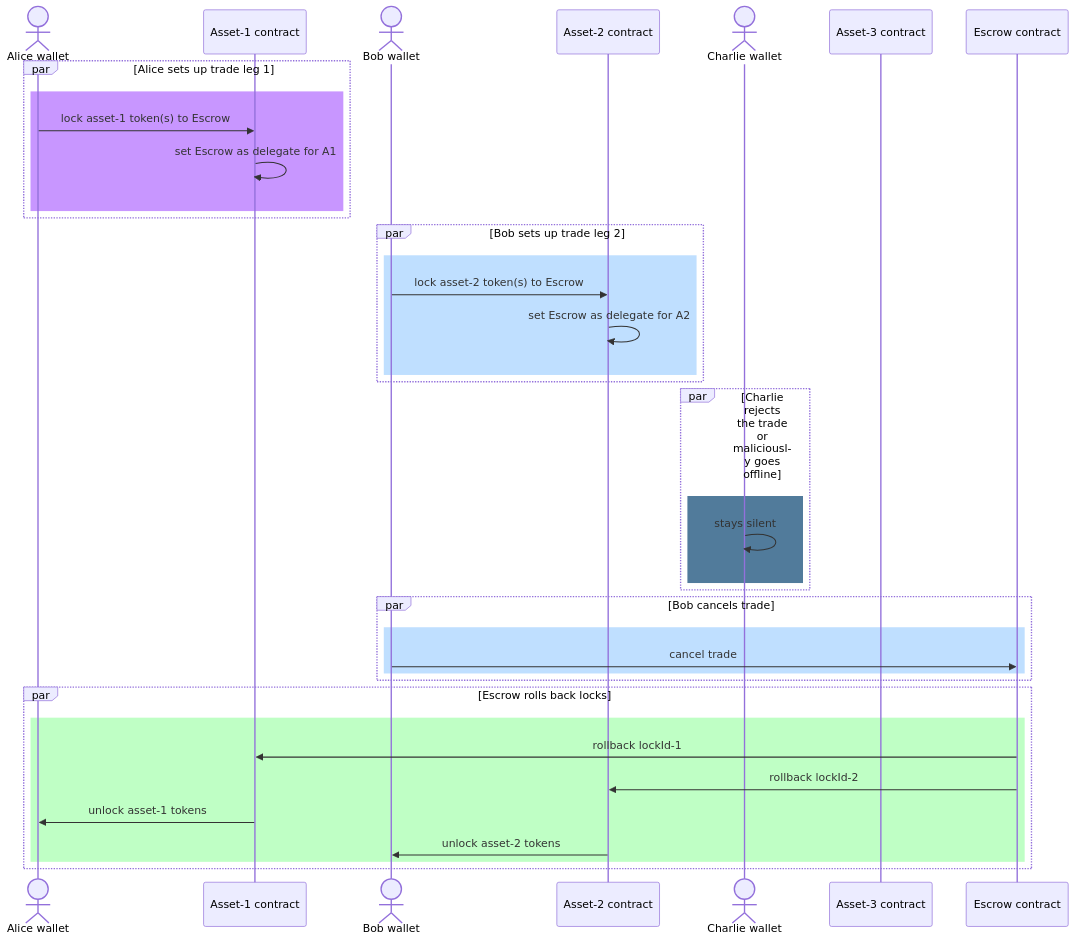
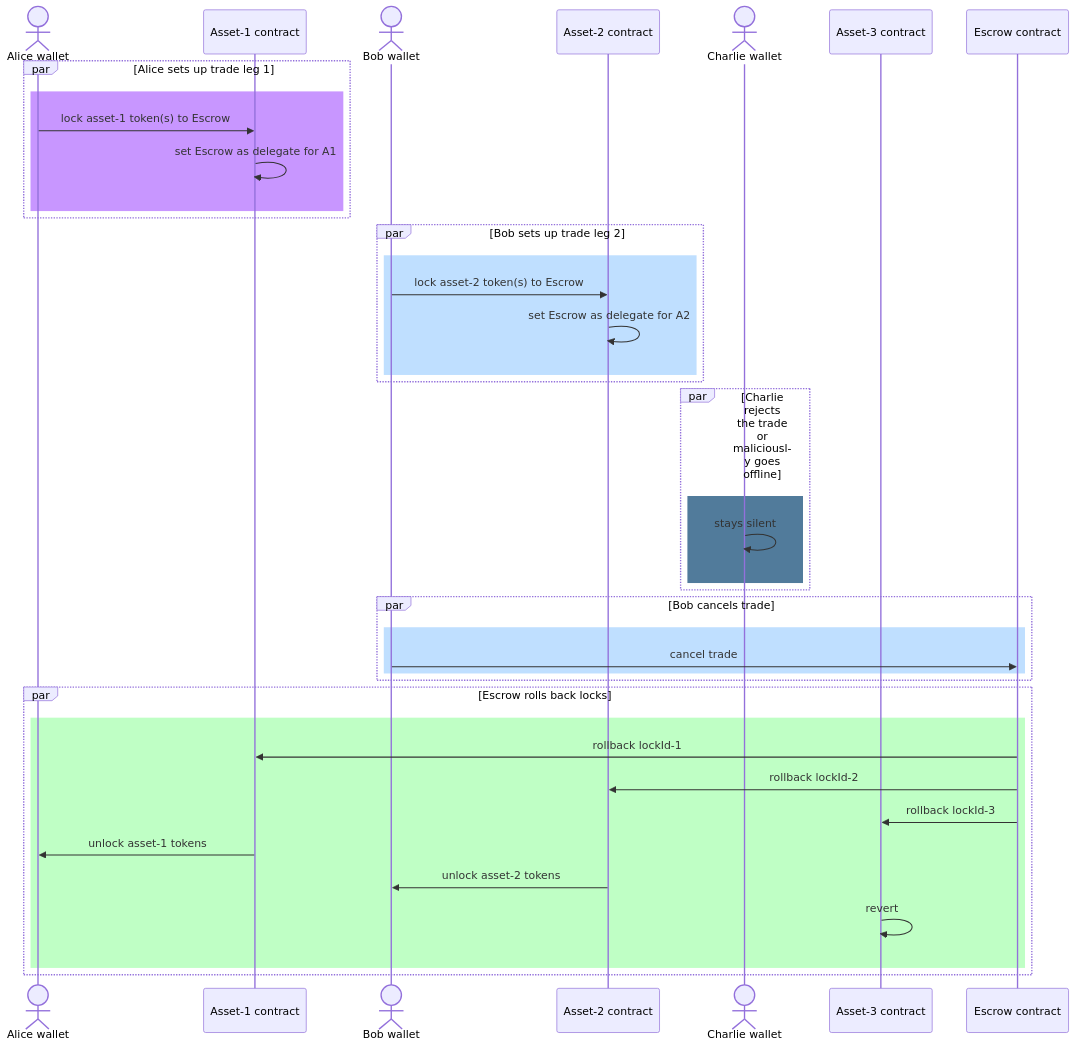
The second of 3 diagrams in atomic-settlement.md (kaleido-io/PET-atomic-settlements), drawn with Mermaid before and after one commit.

Commit message:
minor update to the failed settlement sequence diagram

````diff
--- a/atomic-settlement.md
+++ b/atomic-settlement.md
@@ -221,40 +221,42 @@
 ```mermaid
 sequenceDiagram
   actor A as Alice wallet
   participant A1 as Asset-1 contract
   actor B as Bob wallet
   participant A2 as Asset-2 contract
   actor C as Charlie wallet
   participant A3 as Asset-3 contract
   participant E as Escrow contract
   par Alice sets up trade leg 1
   rect rgb(200, 150, 255)
     A->>A1: lock asset-1 token(s) to Escrow
     A1->>A1: set Escrow as delegate for A1
   end
   end
   par Bob sets up trade leg 2
   rect rgb(191, 223, 255)
     B->>A2: lock asset-2 token(s) to Escrow
     A2->>A2: set Escrow as delegate for A2
   end
   end
   par Charlie rejects the trade or maliciously goes offline
   rect rgb(081, 123, 155)
     C->>C: stays silent
   end
   end
   par Bob cancels trade
   rect rgb(191, 223, 255)
     B->>E: cancel trade
   end
   end
   par Escrow rolls back locks
   rect rgba(191, 255, 197, 1)
     E->>A1: rollback lockId-1
     E->>A2: rollback lockId-2
+    E->>A3: rollback lockId-3
     A1->>A: unlock asset-1 tokens
     A2->>B: unlock asset-2 tokens
+    A3->>A3: revert
   end
   end
 ```
````
